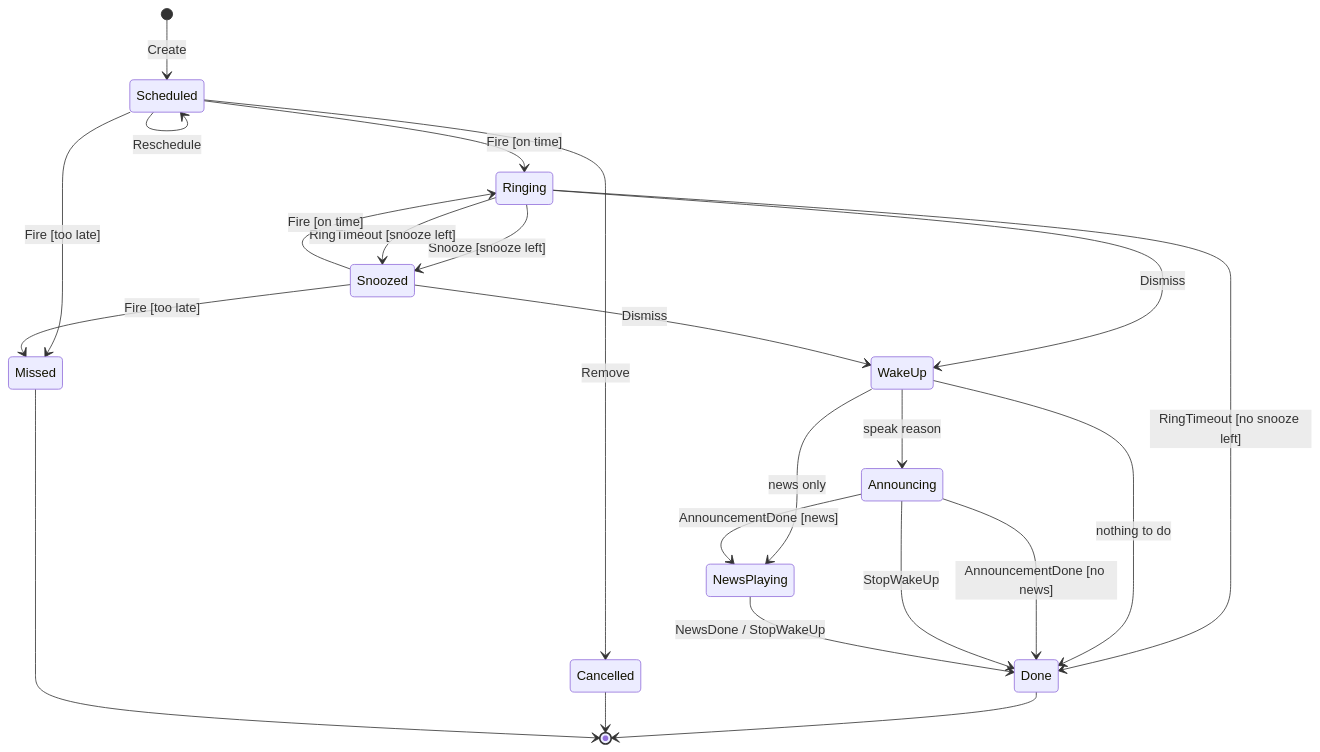
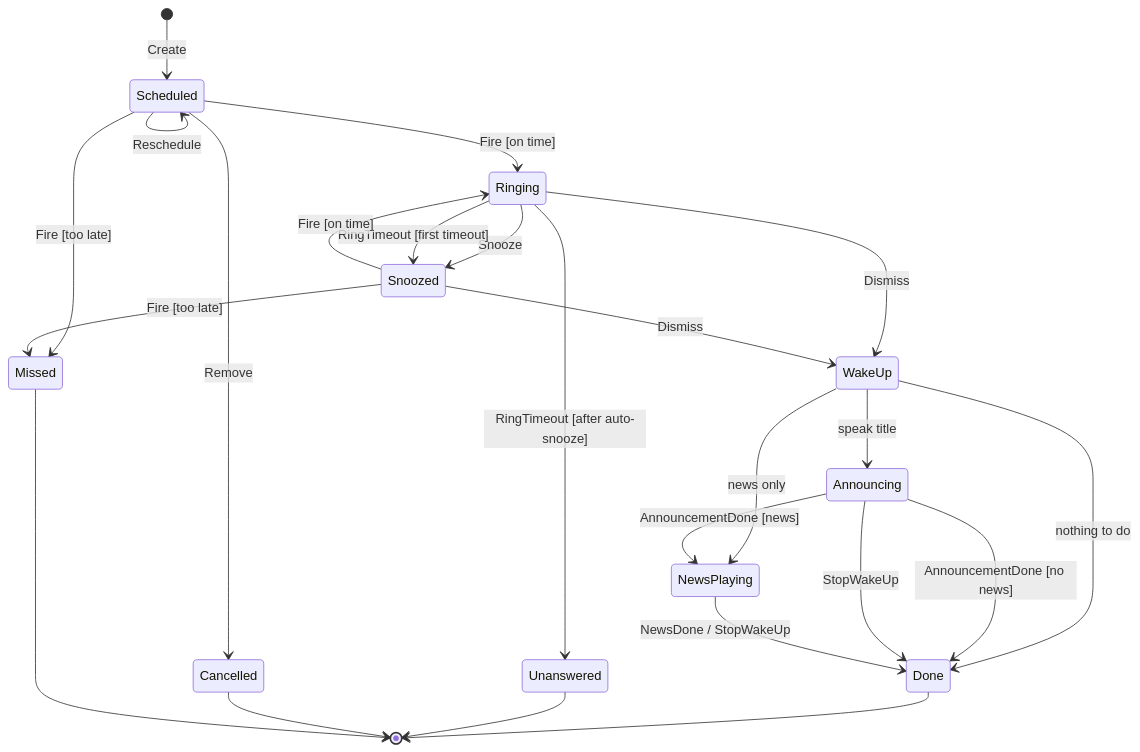
The second of 2 diagrams in docs/state_machines.md (drehtuer/NextAlarmApp), drawn with Mermaid before and after one commit. The commit also changed other lines of this file and 4 other files, not shown here.

````diff
--- a/docs/state_machines.md
+++ b/docs/state_machines.md
@@ -121,26 +127,27 @@
 ```mermaid
 stateDiagram-v2
     [*] --> Scheduled: Create
     Scheduled --> Scheduled: Reschedule
     Scheduled --> Ringing: Fire [on time]
     Scheduled --> Missed: Fire [too late]
     Scheduled --> Cancelled: Remove
-    Ringing --> Snoozed: Snooze [snooze left]
-    Ringing --> Snoozed: RingTimeout [snooze left]
-    Ringing --> Done: RingTimeout [no snooze left]
+    Ringing --> Snoozed: Snooze
+    Ringing --> Snoozed: RingTimeout [first timeout]
+    Ringing --> Unanswered: RingTimeout [after auto-snooze]
     Ringing --> WakeUp: Dismiss
     Snoozed --> Ringing: Fire [on time]
     Snoozed --> Missed: Fire [too late]
     Snoozed --> WakeUp: Dismiss
     state WakeUp <<choice>>
-    WakeUp --> Announcing: speak reason
+    WakeUp --> Announcing: speak title
     WakeUp --> NewsPlaying: news only
     WakeUp --> Done: nothing to do
     Announcing --> NewsPlaying: AnnouncementDone [news]
     Announcing --> Done: AnnouncementDone [no news]
     Announcing --> Done: StopWakeUp
     NewsPlaying --> Done: NewsDone / StopWakeUp
     Done --> [*]
+    Unanswered --> [*]
     Cancelled --> [*]
     Missed --> [*]
 ```
````
